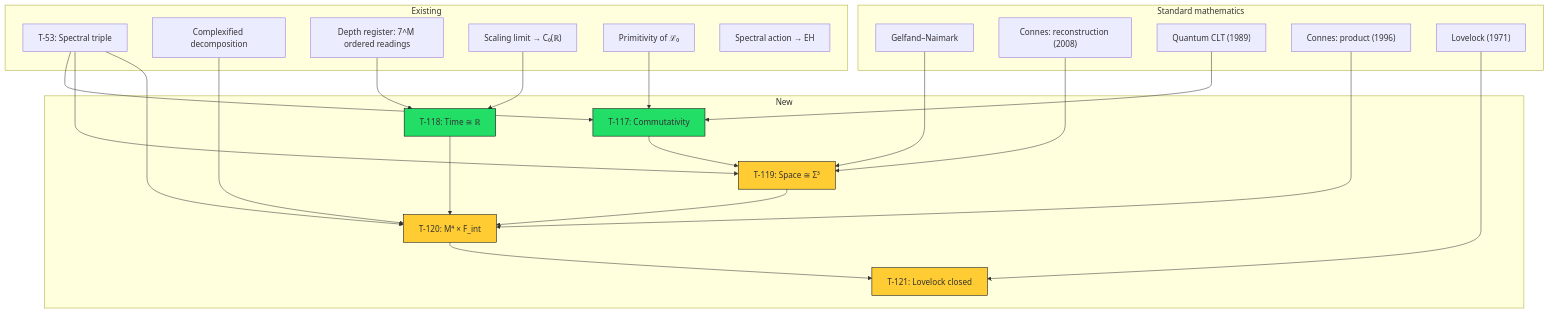
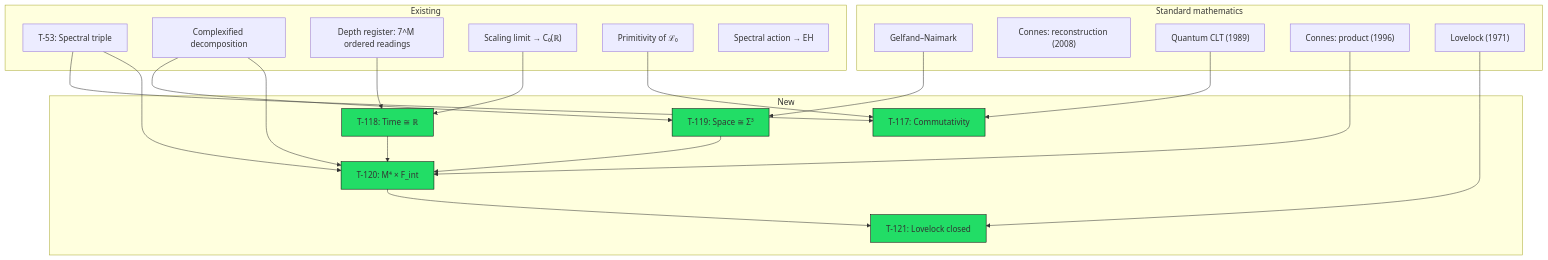
Before and after one commit to gst-st/uhm: the diagram in website/docs/proofs/physics/emergent-manifold.md, drawn with Mermaid. The commit also changed other lines of this file and 45 other files, not shown here.

````diff
--- a/website/docs/proofs/physics/emergent-manifold.md
+++ b/website/docs/proofs/physics/emergent-manifold.md
@@ -535,54 +558,52 @@
 ```mermaid
 graph TD
     subgraph "Existing"
         T53["T-53: Spectral triple"]
         SEC["Complexified decomposition"]
         NEFF["Depth register: 7^M ordered readings"]
         CLIM["Scaling limit → C₀#40;ℝ#41;"]
         PRIM["Primitivity of ℒ₀"]
         SPEC["Spectral action → EH"]
     end
 
     subgraph "Standard mathematics"
         GN["Gelfand–Naimark"]
         CR["Connes: reconstruction #40;2008#41;"]
         QCLT["Quantum CLT #40;1989#41;"]
         CP["Connes: product #40;1996#41;"]
         LOV["Lovelock #40;1971#41;"]
     end
 
     subgraph "New"
         T117["T-117: Commutativity"]
         T118["T-118: Time ≅ ℝ"]
         T119["T-119: Space ≅ Σ³"]
         T120["T-120: M⁴ × F_int"]
         T121["T-121: Lovelock closed"]
     end
 
     PRIM --> T117
     QCLT --> T117
     T53 --> T117
 
     NEFF --> T118
     CLIM --> T118
 
-    T117 --> T119
     GN --> T119
-    CR --> T119
-    T53 --> T119
+    SEC --> T119
 
     T118 --> T120
     T119 --> T120
     T53 --> T120
     CP --> T120
     SEC --> T120
 
     T120 --> T121
     LOV --> T121
 
     style T117 fill:#2d6,stroke:#000
     style T118 fill:#2d6,stroke:#000
-    style T119 fill:#fc3,stroke:#000
-    style T120 fill:#fc3,stroke:#000
-    style T121 fill:#fc3,stroke:#000
+    style T119 fill:#2d6,stroke:#000
+    style T120 fill:#2d6,stroke:#000
+    style T121 fill:#2d6,stroke:#000
 ```
````
